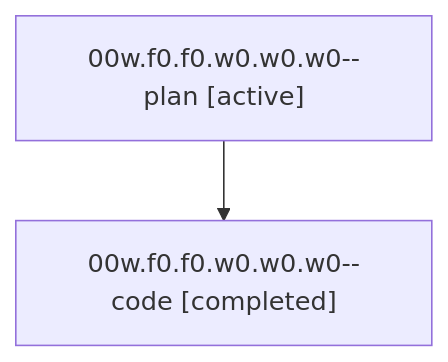
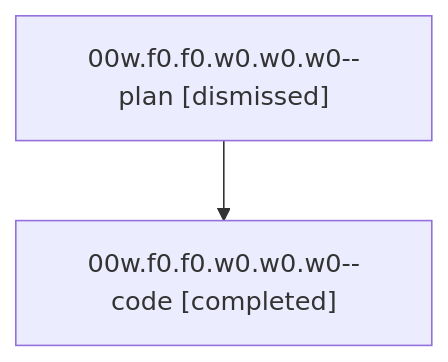
Before and after one commit to bobs-org/bob-cli--agents: the diagram in sessions/bbugyi200.athena.00w.f0.f0.w0.w0.w0.md, drawn with Mermaid. The commit also changed other lines of this file and 62 other files, not shown here.

````diff
--- a/sessions/bbugyi200.athena.00w.f0.f0.w0.w0.w0.md
+++ b/sessions/bbugyi200.athena.00w.f0.f0.w0.w0.w0.md
@@ -9,6 +9,6 @@
 ```mermaid
 flowchart TD
-  n0["00w.f0.f0.w0.w0.w0--plan [active]"]
+  n0["00w.f0.f0.w0.w0.w0--plan [dismissed]"]
   n1["00w.f0.f0.w0.w0.w0--code [completed]"]
   n0 --> n1
 ```
````
